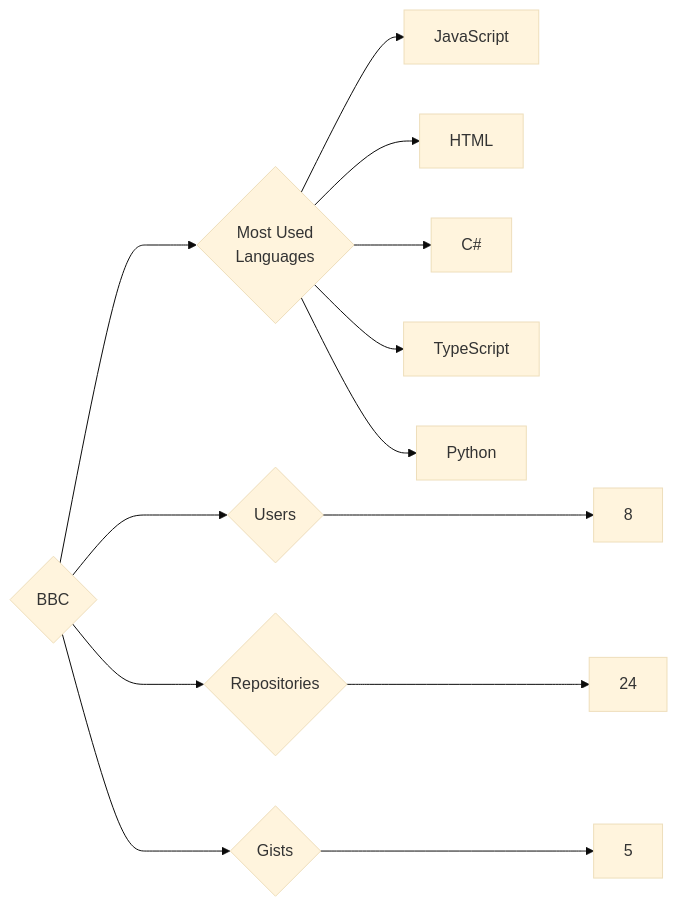
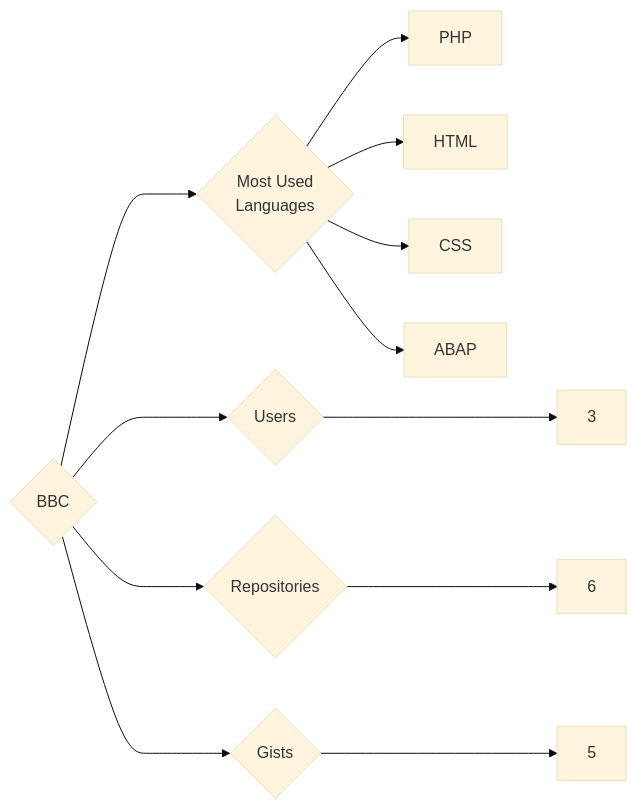
The diagram in targets/BBC/README.md (trickest/insiders), drawn with Mermaid (base theme) before and after one commit. The commit also changed 985 other files, not shown here.

````diff
--- a/targets/BBC/README.md
+++ b/targets/BBC/README.md
@@ -3,13 +3,12 @@
 ```mermaid
 graph LR
 COMPANY_NAME{BBC}
-COMPANY_NAME ---> U{Users} ---> UN[8]
-COMPANY_NAME ---> R{Repositories} ---> RN[24]
+COMPANY_NAME ---> U{Users} ---> UN[3]
+COMPANY_NAME ---> R{Repositories} ---> RN[6]
 COMPANY_NAME ---> G{Gists} ---> GN[5]
 COMPANY_NAME ---> ML{Most Used<br>Languages}
-ML --> JavaScript[JavaScript]
+ML --> PHP[PHP]
 ML --> HTML[HTML]
-ML --> C#[C#]
-ML --> TypeScript[TypeScript]
-ML --> Python[Python]
+ML --> CSS[CSS]
+ML --> ABAP[ABAP]
 ```
````
